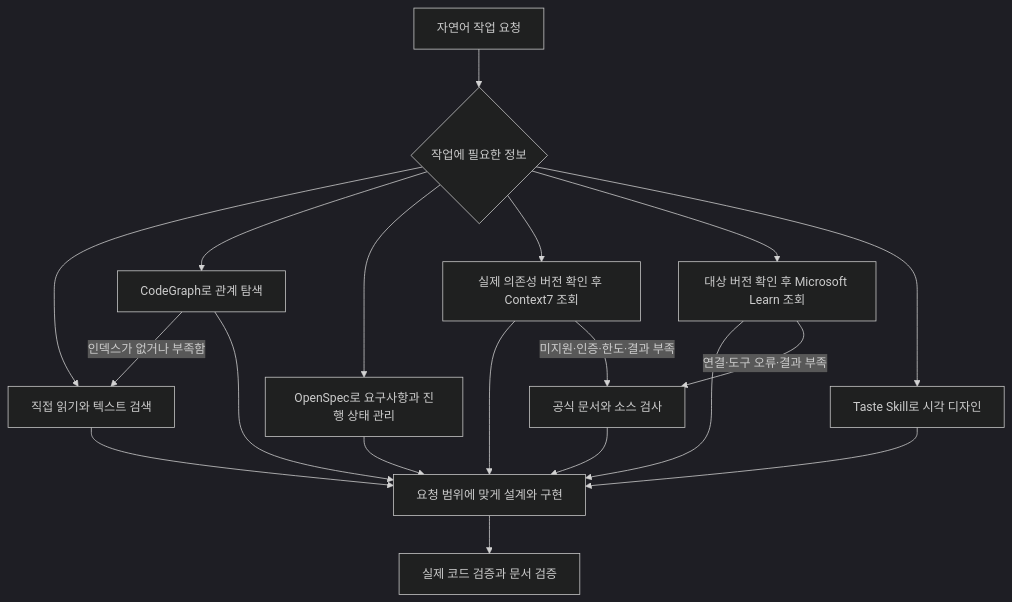
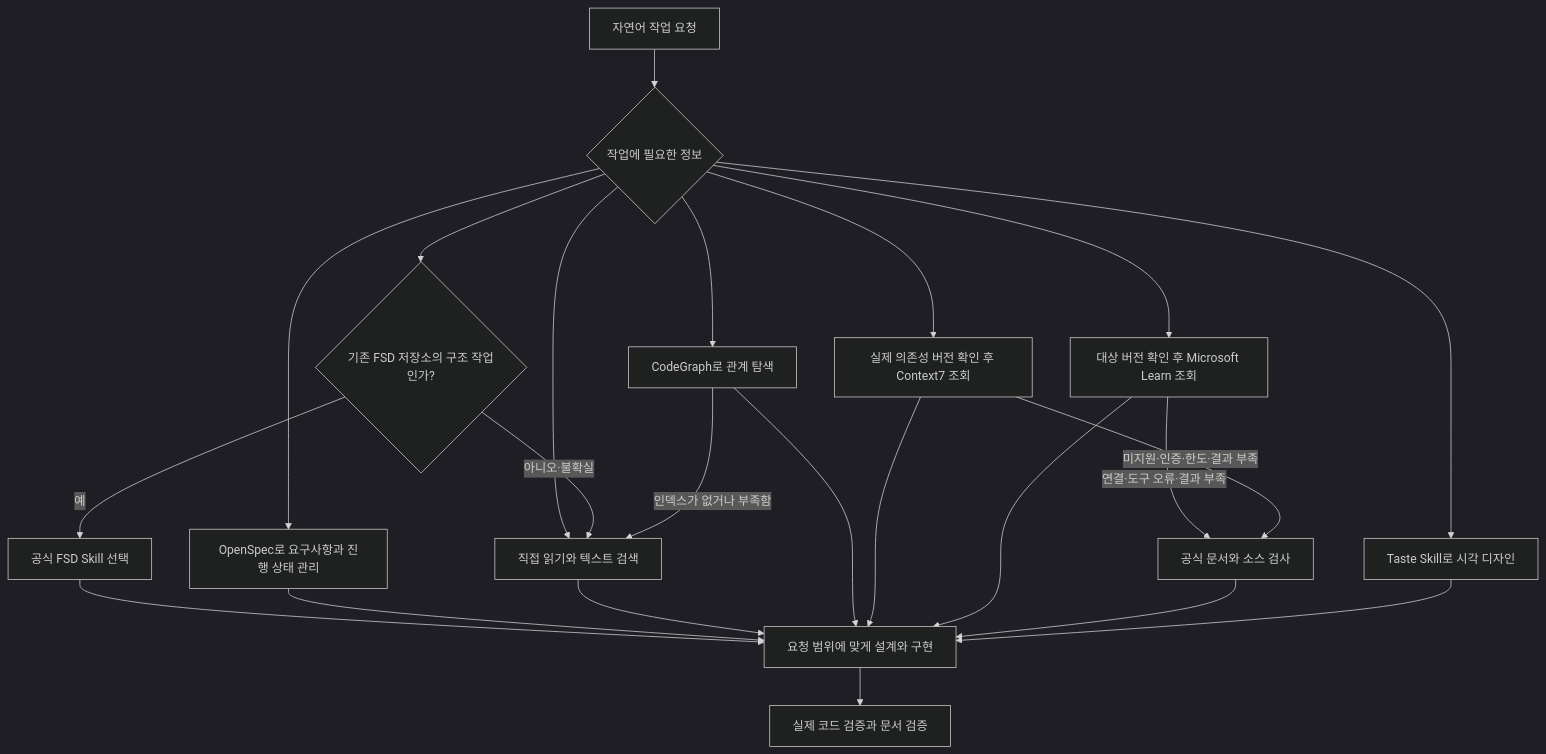
One commit to tttaliesin/personal-harness changed the diagram in docs/development-tools.md. Above: the diagram before and after it, drawn with Mermaid (dark theme). The commit also changed other lines of this file and 23 other files, not shown here.

Commit message:
Install official FSD skill with repository-scoped routing

````diff
--- a/docs/development-tools.md
+++ b/docs/development-tools.md
@@ -26,21 +27,25 @@
 ```mermaid
 flowchart TD
     T[자연어 작업 요청] --> C{작업에 필요한 정보}
     C --> D[직접 읽기와 텍스트 검색]
     C --> G[CodeGraph로 관계 탐색]
     C --> S[OpenSpec로 요구사항과 진행 상태 관리]
     C --> L[실제 의존성 버전 확인 후 Context7 조회]
     C --> M[대상 버전 확인 후 Microsoft Learn 조회]
+    C --> A{기존 FSD 저장소의 구조 작업인가?}
+    A -->|예| K[공식 FSD Skill 선택]
+    A -->|아니오·불확실| D
+    K --> I
     C --> F[Taste Skill로 시각 디자인]
     G -->|인덱스가 없거나 부족함| D
     S --> I[요청 범위에 맞게 설계와 구현]
     D --> I
     G --> I
     L --> I
     M --> I
     M -->|연결·도구 오류·결과 부족| O
     L -->|미지원·인증·한도·결과 부족| O[공식 문서와 소스 검사]
     O --> I
     F --> I
     I --> V[실제 코드 검증과 문서 검증]
 ```
````
